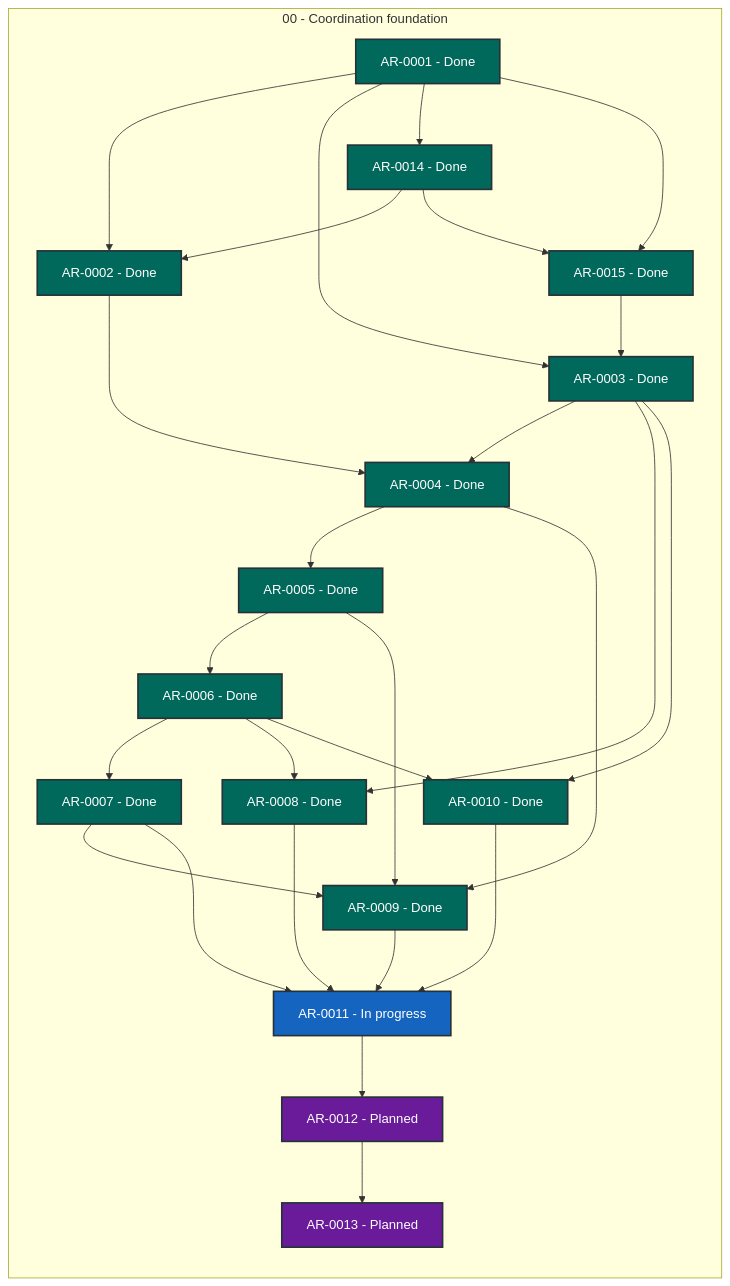
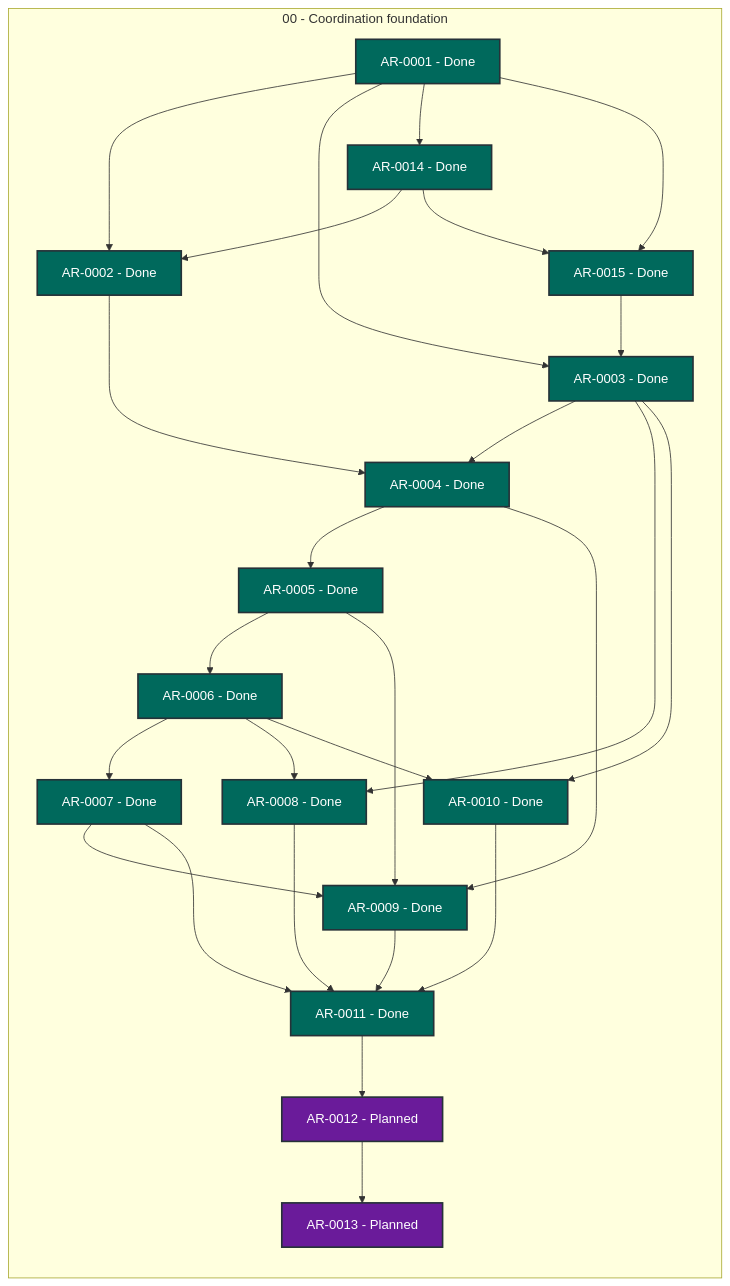
One commit to martin-beck/agent-workflow-tui-state changed the diagram in STATUS.md. Above: the diagram before and after it, drawn with Mermaid. The commit also changed other lines of this file and 2 other files, not shown here.

````diff
--- a/STATUS.md
+++ b/STATUS.md
@@ -27,54 +27,54 @@
 ```mermaid
 flowchart LR
     subgraph series_00["00 - Coordination foundation"]
         direction TB
         AR_0001["AR-0001 - Done"]:::status_done
         AR_0002["AR-0002 - Done"]:::status_done
         AR_0003["AR-0003 - Done"]:::status_done
         AR_0004["AR-0004 - Done"]:::status_done
         AR_0005["AR-0005 - Done"]:::status_done
         AR_0006["AR-0006 - Done"]:::status_done
         AR_0007["AR-0007 - Done"]:::status_done
         AR_0008["AR-0008 - Done"]:::status_done
         AR_0009["AR-0009 - Done"]:::status_done
         AR_0010["AR-0010 - Done"]:::status_done
-        AR_0011["AR-0011 - In progress"]:::status_in_progress
+        AR_0011["AR-0011 - Done"]:::status_done
         AR_0012["AR-0012 - Planned"]:::status_planned
         AR_0013["AR-0013 - Planned"]:::status_planned
         AR_0014["AR-0014 - Done"]:::status_done
         AR_0015["AR-0015 - Done"]:::status_done
     end
     AR_0001 --> AR_0002
     AR_0001 --> AR_0003
     AR_0001 --> AR_0014
     AR_0001 --> AR_0015
     AR_0002 --> AR_0004
     AR_0003 --> AR_0004
     AR_0003 --> AR_0008
     AR_0003 --> AR_0010
     AR_0004 --> AR_0005
     AR_0004 --> AR_0009
     AR_0005 --> AR_0006
     AR_0005 --> AR_0009
     AR_0006 --> AR_0007
     AR_0006 --> AR_0008
     AR_0006 --> AR_0010
     AR_0007 --> AR_0009
     AR_0007 --> AR_0011
     AR_0008 --> AR_0011
     AR_0009 --> AR_0011
     AR_0010 --> AR_0011
     AR_0011 --> AR_0012
     AR_0012 --> AR_0013
     AR_0014 --> AR_0002
     AR_0014 --> AR_0015
     AR_0015 --> AR_0003
     classDef status_in_progress fill:#1565c0,color:#ffffff,stroke:#263238,stroke-width:2px
     classDef status_open fill:#2e7d32,color:#ffffff,stroke:#263238,stroke-width:2px
     classDef status_blocked fill:#c62828,color:#ffffff,stroke:#263238,stroke-width:2px
     classDef status_planned fill:#6a1b9a,color:#ffffff,stroke:#263238,stroke-width:2px
     classDef status_future fill:#455a64,color:#ffffff,stroke:#263238,stroke-width:2px
     classDef status_done fill:#00695c,color:#ffffff,stroke:#263238,stroke-width:2px
     classDef status_cancelled fill:#616161,color:#ffffff,stroke:#263238,stroke-width:2px
     classDef status_superseded fill:#5d4037,color:#ffffff,stroke:#263238,stroke-width:2px
 ```
````
